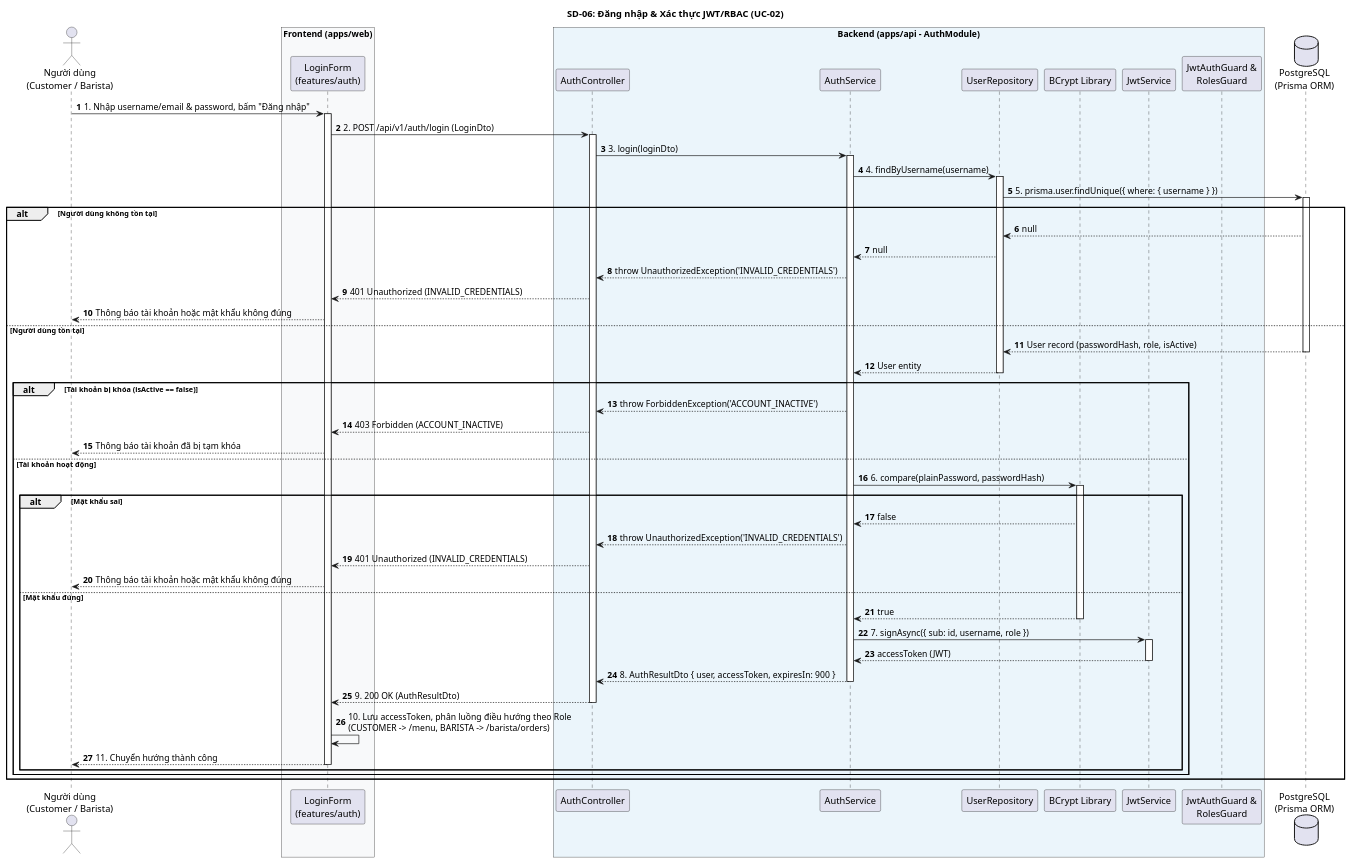
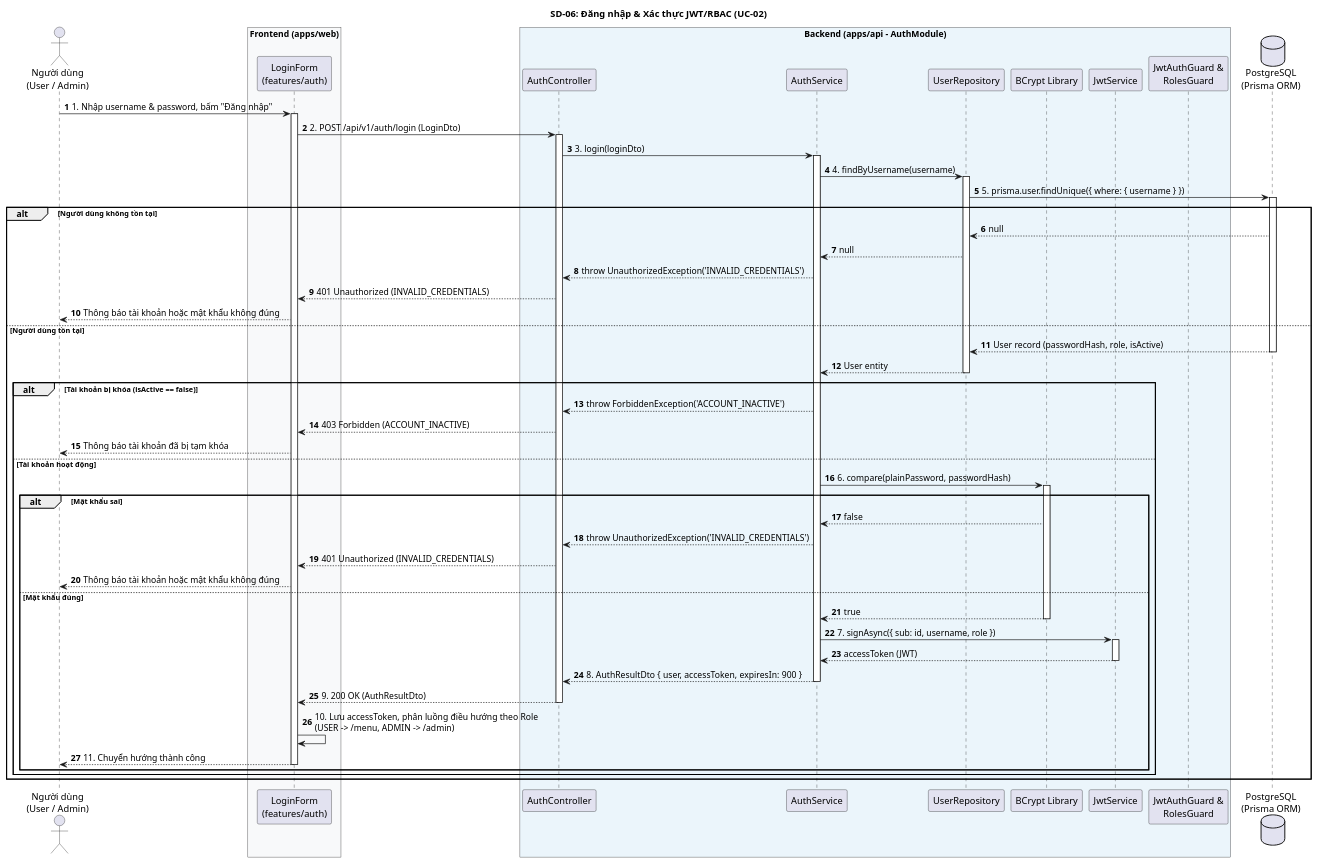
One commit to akira-yami/BrewLite_A1 changed the fourth of 4 diagrams in docs/architecture/sequence-diagrams-auth.md. Above: the diagram before and after it, drawn with PlantUML. The commit also changed other lines of this file and 22 other files, not shown here.

Commit message:
fix(auth): dong bo role USER/ADMIN, bo sung RolesGuard va UserRepository, chuan hoa api contract va fix app module

````diff
--- a/docs/architecture/sequence-diagrams-auth.md
+++ b/docs/architecture/sequence-diagrams-auth.md
@@ -357,80 +357,80 @@
 ```plantuml
 @startuml SD-06_Login_and_RBAC
 title SD-06: Đăng nhập & Xác thực JWT/RBAC (UC-02)
 autonumber
 skinparam responseMessageBelowArrow true
 skinparam BoxPadding 10
 
-actor "Người dùng\n(Customer / Barista)" as User
+actor "Người dùng\n(User / Admin)" as User
 
 box "Frontend (apps/web)" #F8F9FA
     participant "LoginForm\n(features/auth)" as FE
 end box
 
 box "Backend (apps/api - AuthModule)" #EBF5FB
     participant "AuthController" as AC
     participant "AuthService" as AS
     participant "UserRepository" as UR
     participant "BCrypt Library" as BC
     participant "JwtService" as JWT
     participant "JwtAuthGuard &\nRolesGuard" as SEC
 end box
 
 database "PostgreSQL\n(Prisma ORM)" as DB
 
-User -> FE: 1. Nhập username/email & password, bấm "Đăng nhập"
+User -> FE: 1. Nhập username & password, bấm "Đăng nhập"
 activate FE
 FE -> AC: 2. POST /api/v1/auth/login (LoginDto)
 activate AC
 AC -> AS: 3. login(loginDto)
 activate AS
 AS -> UR: 4. findByUsername(username)
 activate UR
 UR -> DB: 5. prisma.user.findUnique({ where: { username } })
 activate DB
 
 alt Người dùng không tồn tại
     DB --> UR: null
     UR --> AS: null
     AS --> AC: throw UnauthorizedException('INVALID_CREDENTIALS')
     AC --> FE: 401 Unauthorized (INVALID_CREDENTIALS)
     FE --> User: Thông báo tài khoản hoặc mật khẩu không đúng
 else Người dùng tồn tại
     DB --> UR: User record (passwordHash, role, isActive)
     deactivate DB
     UR --> AS: User entity
     deactivate UR
 
     alt Tài khoản bị khóa (isActive == false)
         AS --> AC: throw ForbiddenException('ACCOUNT_INACTIVE')
         AC --> FE: 403 Forbidden (ACCOUNT_INACTIVE)
         FE --> User: Thông báo tài khoản đã bị tạm khóa
     else Tài khoản hoạt động
         AS -> BC: 6. compare(plainPassword, passwordHash)
         activate BC
         
         alt Mật khẩu sai
             BC --> AS: false
             AS --> AC: throw UnauthorizedException('INVALID_CREDENTIALS')
             AC --> FE: 401 Unauthorized (INVALID_CREDENTIALS)
             FE --> User: Thông báo tài khoản hoặc mật khẩu không đúng
         else Mật khẩu đúng
             BC --> AS: true
             deactivate BC
             AS -> JWT: 7. signAsync({ sub: id, username, role })
             activate JWT
             JWT --> AS: accessToken (JWT)
             deactivate JWT
             AS --> AC: 8. AuthResultDto { user, accessToken, expiresIn: 900 }
             deactivate AS
             AC --> FE: 9. 200 OK (AuthResultDto)
             deactivate AC
             
-            FE -> FE: 10. Lưu accessToken, phân luồng điều hướng theo Role\n(CUSTOMER -> /menu, BARISTA -> /barista/orders)
+            FE -> FE: 10. Lưu accessToken, phân luồng điều hướng theo Role\n(USER -> /menu, ADMIN -> /admin)
             FE --> User: 11. Chuyển hướng thành công
             deactivate FE
         end
     end
 end
 @enduml
 ```
````
